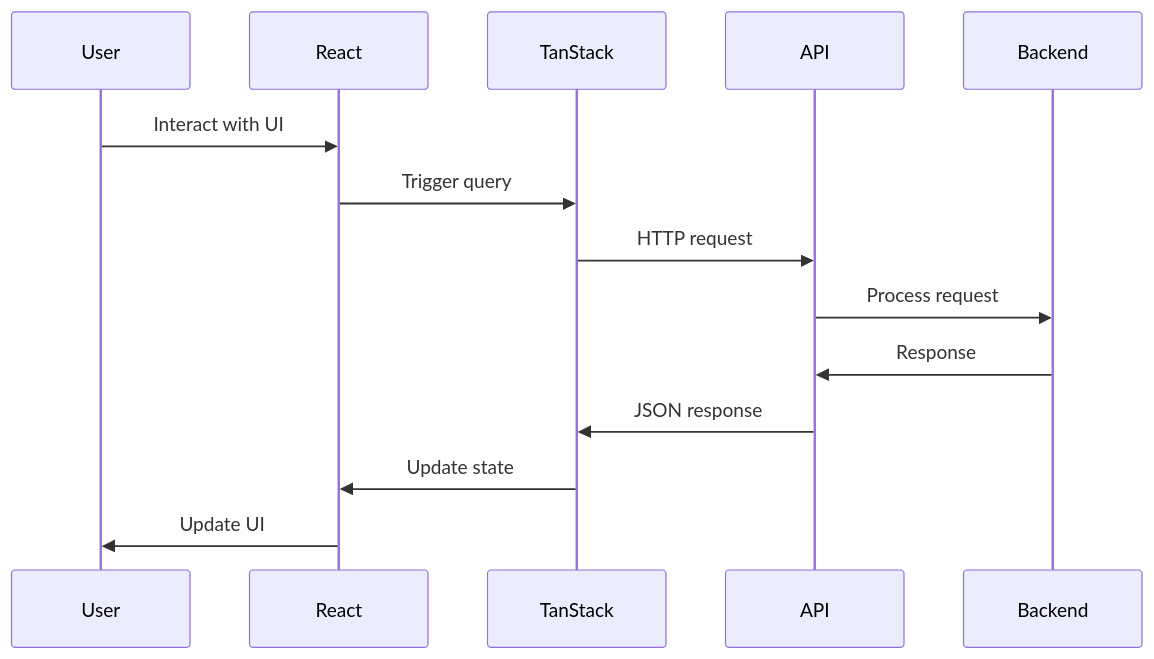
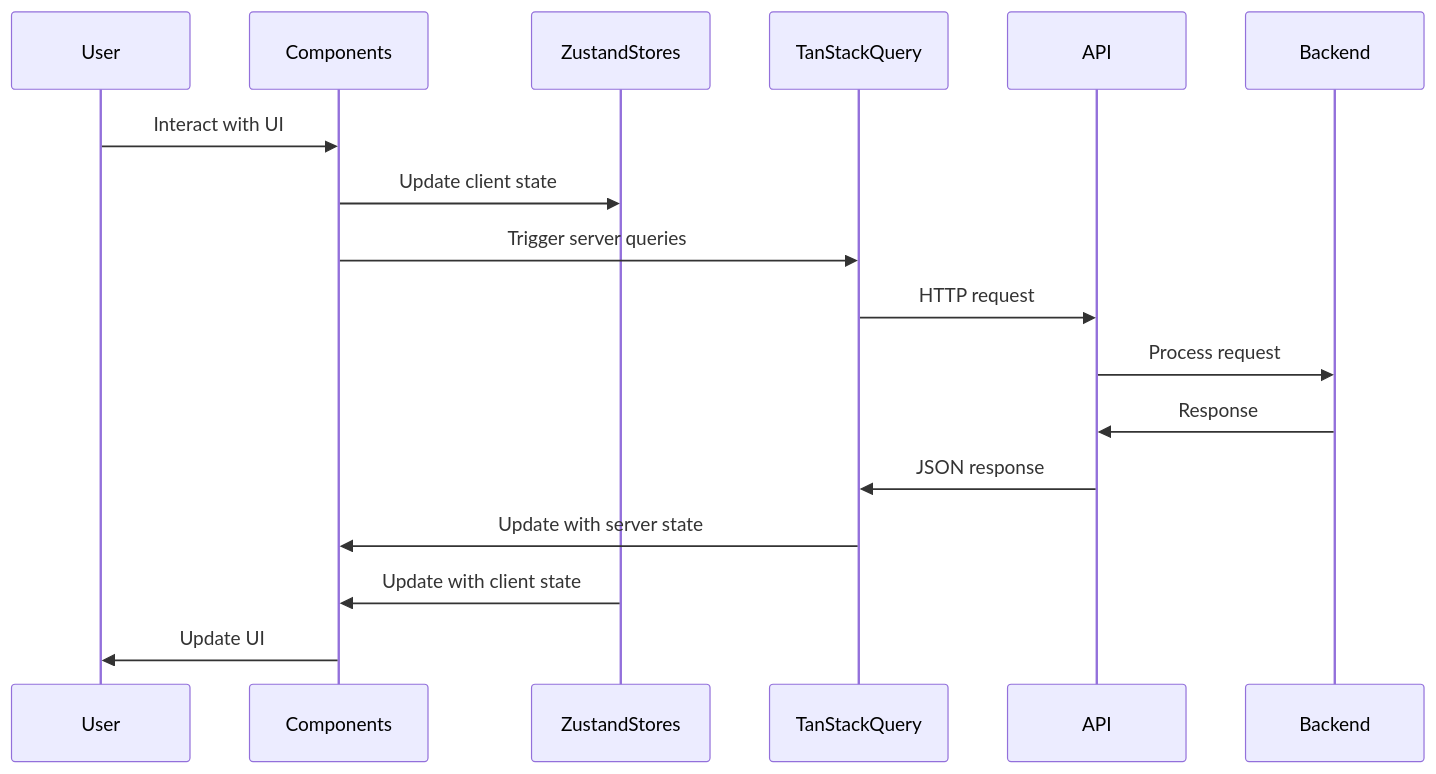
Before and after one commit to hechtcarmel/slack-knowledge-agent: the ninth of 11 diagrams in docs/ARCHITECTURE.md, drawn with Mermaid. The commit also changed other lines of this file and 7 other files, not shown here.

First line of the commit message:
feat(frontend): enhance architecture documentation and state management overview

````diff
--- a/docs/ARCHITECTURE.md
+++ b/docs/ARCHITECTURE.md
@@ -487,17 +511,20 @@
 ```mermaid
 sequenceDiagram
     participant User
-    participant React
-    participant TanStack
+    participant Components
+    participant ZustandStores
+    participant TanStackQuery
     participant API
     participant Backend
     
-    User->>React: Interact with UI
-    React->>TanStack: Trigger query
-    TanStack->>API: HTTP request
+    User->>Components: Interact with UI
+    Components->>ZustandStores: Update client state
+    Components->>TanStackQuery: Trigger server queries
+    TanStackQuery->>API: HTTP request
     API->>Backend: Process request
     Backend->>API: Response
-    API->>TanStack: JSON response
-    TanStack->>React: Update state
-    React->>User: Update UI
+    API->>TanStackQuery: JSON response
+    TanStackQuery->>Components: Update with server state
+    ZustandStores->>Components: Update with client state
+    Components->>User: Update UI
 ```
````
